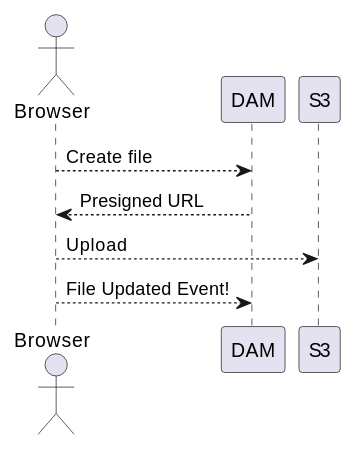
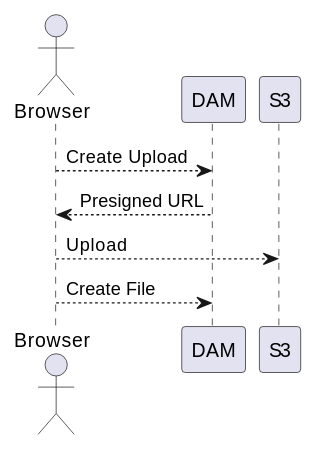
The second of 2 diagrams in samokat/dam-arch/README.md (sergio-fry/slides), drawn with PlantUML before and after one commit. The commit also changed 4 other files, not shown here.

````diff
--- a/samokat/dam-arch/README.md
+++ b/samokat/dam-arch/README.md
@@ -119,8 +119,8 @@
 ```plantuml
 actor Browser
 
-Browser --> DAM: Create file
+Browser --> DAM: Create Upload
 DAM --> Browser:  Presigned URL
 Browser --> S3: Upload
-Browser --> DAM: File Updated Event!
+Browser --> DAM: Create File
 ```
````
